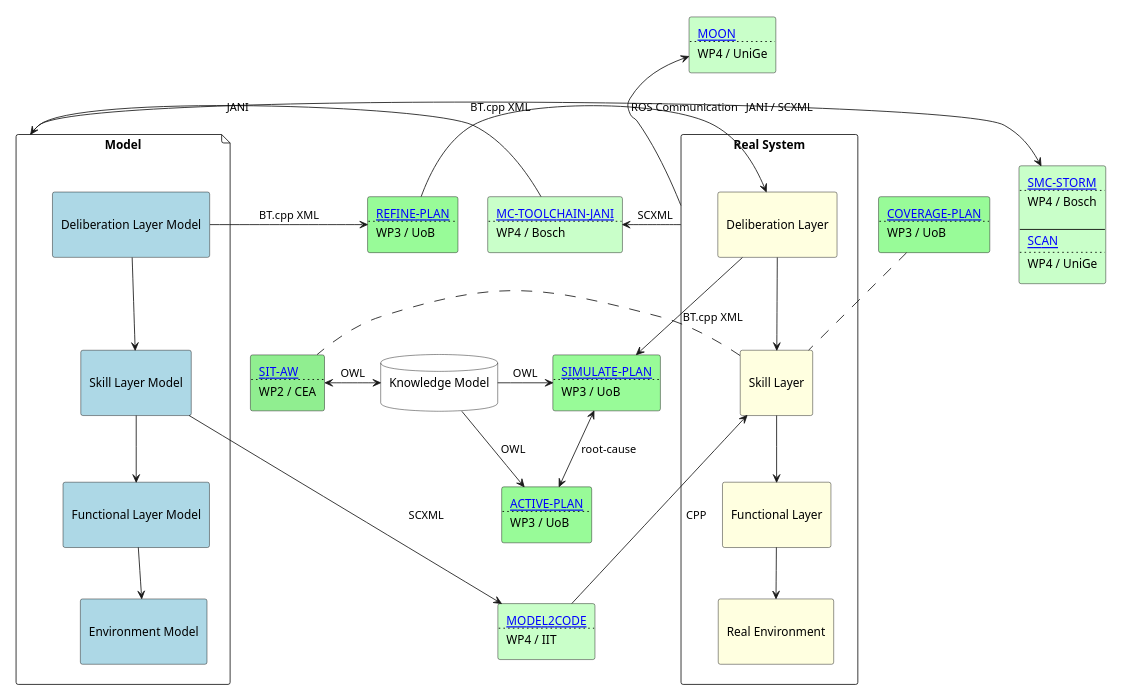
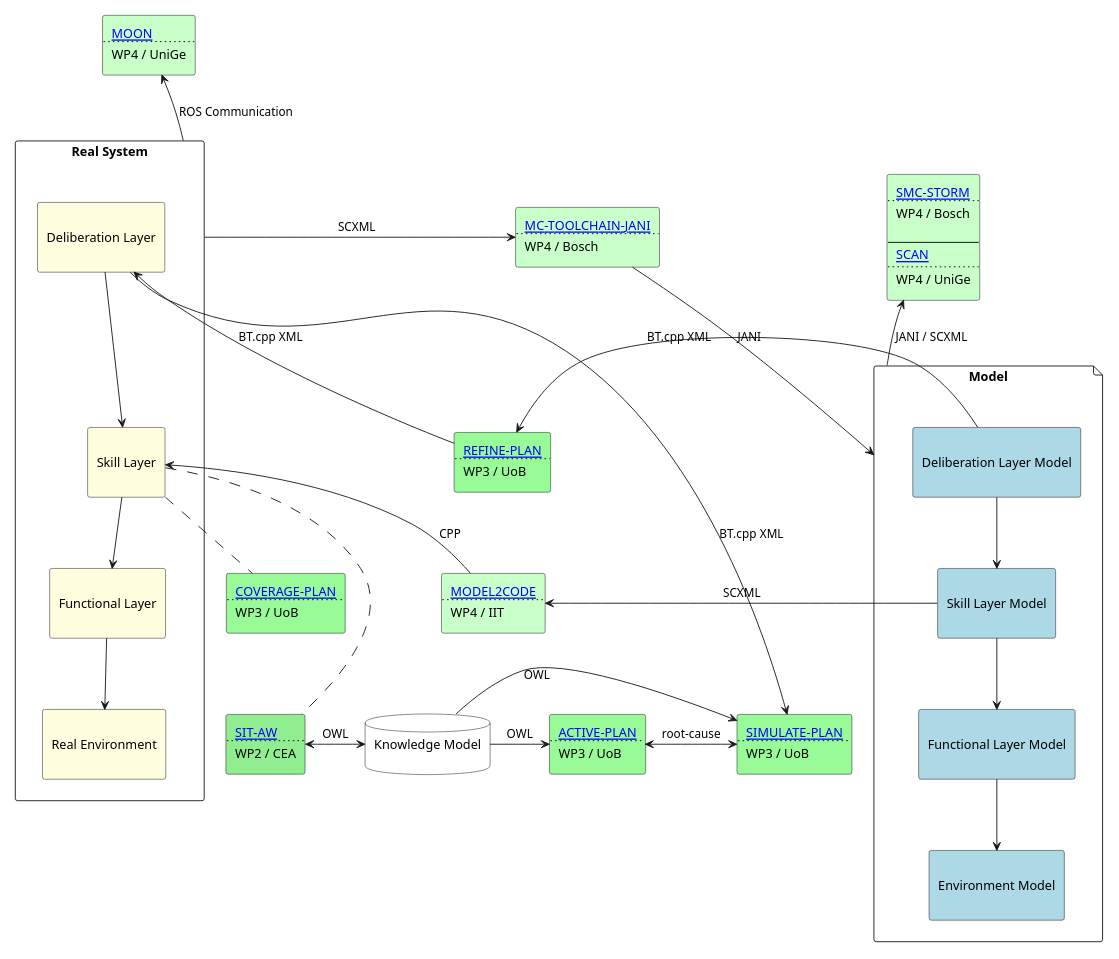
The diagram in docs/source/overview.plantuml (convince-project/overview), drawn with PlantUML before and after one commit.

Commit message:
somewhat useful layout for the overview diagram

```diff
--- a/docs/source/overview.plantuml
+++ b/docs/source/overview.plantuml
@@ -1,149 +1,144 @@
 @startuml overview
 scale 700 width
 
 skinparam agent {
     BackgroundColor White
     BorderColor Black
 }
 skinparam database {
     BackgroundColor White
     BorderColor Black
 }
 
 rectangle "Real System" as r {
     agent "\nDeliberation Layer\n" as rdelib #LightYellow
     agent "\nSkill Layer\n" as rskill #LightYellow
     agent "\nFunctional Layer\n" as rfunc #LightYellow
     agent "\nReal Environment\n" as renv #LightYellow
 
     rdelib --> rskill
     rskill --> rfunc
     rfunc --> renv
 }
 
 file "Model" as m {
     agent "\nDeliberation Layer Model\n" as mdelib #LightBlue
     agent "\nSkill Layer Model\n" as mskill #LightBlue
     agent "\nFunctional Layer Model\n" as mfunc #LightBlue
     agent "\nEnvironment Model\n" as menv #LightBlue
 
     mdelib --> mskill
     mskill --> mfunc
     mfunc --> menv
 }
 
-m -[hidden]> r
+' m -[hidden]> r
 
-renv -[hidden]> menv
-rdelib -[hidden]> mdelib
+' renv -[hidden]> menv
+' rdelib -[hidden]> mdelib
 
 database "Knowledge Model\n" as k 
 
 ' renv -[hidden]> k
 ' k -[hidden]> menv
 
 ' WP2
 
 ' rectangle WP2 #line.dashed{
 agent sitaw #LightGreen [
 [[https:///github.com/convince-project/sit-aw SIT-AW]]
 ....
 WP2 / CEA
 ]
 ' }
 
-sitaw -[hidden]> rskill
+renv -[hidden]> sitaw
 rskill .. sitaw
 sitaw <-> k : OWL
 
 ' WP3
 
 ' rectangle WP3 #line.dashed {
 agent refineplan #PaleGreen [
 [[https://github.com/convince-project/refine-plan REFINE-PLAN]]
 ....
 WP3 / UoB
 ] 
 agent coverageplan #PaleGreen [
 [[https:///github.com/convince-project/coverage-plan COVERAGE-PLAN]]
 ....
 WP3 / UoB
 ]
 agent activeplan #PaleGreen [
 [[https://github.com/convince-project/active-plan ACTIVE-PLAN]]
 ....
 WP3 / UoB
 ] 
 agent simulateplan #PaleGreen [
 [[https://github.com/convince-project/simulate-plan SIMULATE-PLAN]]
 ....
 WP3 / UoB
 ] 
-refineplan -[hidden]-> simulateplan
-simulateplan -[hidden]-> activeplan
-' }
 
-coverageplan .. rskill
+rskill .. coverageplan
+rfunc -[hidden]> coverageplan
 activeplan <-> simulateplan : root-cause
 mdelib -> refineplan : "BT.cpp XML"
 refineplan -> rdelib : "BT.cpp XML"
+' rskill -[hidden]> refineplan
+' refineplan -[hidden]> mskill
 rdelib -> simulateplan : "BT.cpp XML"
 k -> simulateplan : OWL
 k -> activeplan : OWL
 
 ' WP4
 
 ' rectangle WP4 #line.dashed {
 agent moon #TECHNOLOGY [
 [[https:///github.com/convince-project/moon MOON]]
 ....
 WP4 / UniGe
 ]
-' together {
-' agent scan #TECHNOLOGY [
-' [[https:///github.com/convince-project/scan SCAN]]
-' ....
-' WP4 / UniGe
 ' ]
-agent storm #TECHNOLOGY [
+agent stormscan #TECHNOLOGY [
 [[https:///github.com/convince-project/smc_storm SMC-STORM]]
 ....
 WP4 / Bosch
 
 ----
 [[https:///github.com/convince-project/scan SCAN]]
 ....
 WP4 / UniGe
 ]
 ' scan -[hidden]-> storm
 ' }
 ' together {
 agent jani #TECHNOLOGY [
 [[https:///github.com/convince-project/mc-toolchain-jani MC-TOOLCHAIN-JANI]]
 ....
 WP4 / Bosch
 ]
 agent modeltocode #TECHNOLOGY [
 [[https:///github.com/convince-project/modeltocode MODEL2CODE]]
 ....
 WP4 / IIT
 ]
-' }
-' activeplan -[hidden]-> jani
-activeplan -[hidden]-> modeltocode
 
-' moon -[hidden]> scan
+' activeplan -[hidden]-> modeltocode
+
 moon -[hidden]-> rdelib
-
 moon <-- r : ROS Communication
 
-m -> storm : "JANI / SCXML"
-' m -> storm : "SCXML"
+stormscan -[hidden]-> mdelib
+stormscan <-- m : "JANI / SCXML"
 
 r -> jani : "SCXML"
 jani -> m : "JANI"
 rskill <- modeltocode : "CPP"
 modeltocode <- mskill : "SCXML"
+coverageplan -[hidden]> modeltocode
 
-refineplan -[hidden]> jani
+refineplan -[hidden]-> modeltocode
+
+' refineplan -[hidden]> jani
 @enduml
```
